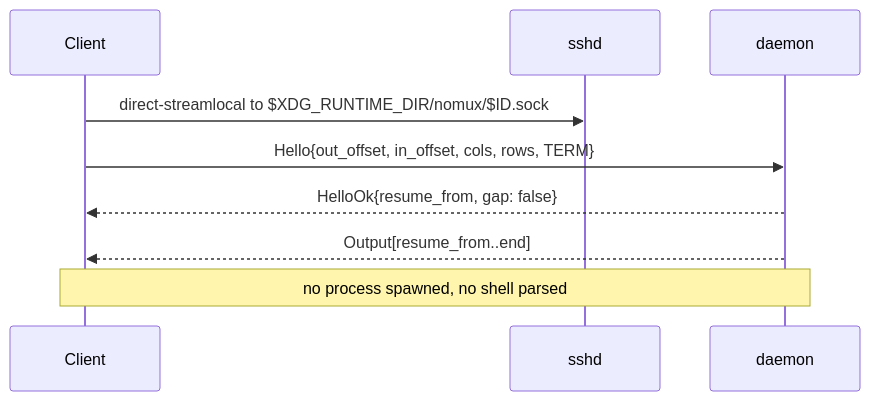
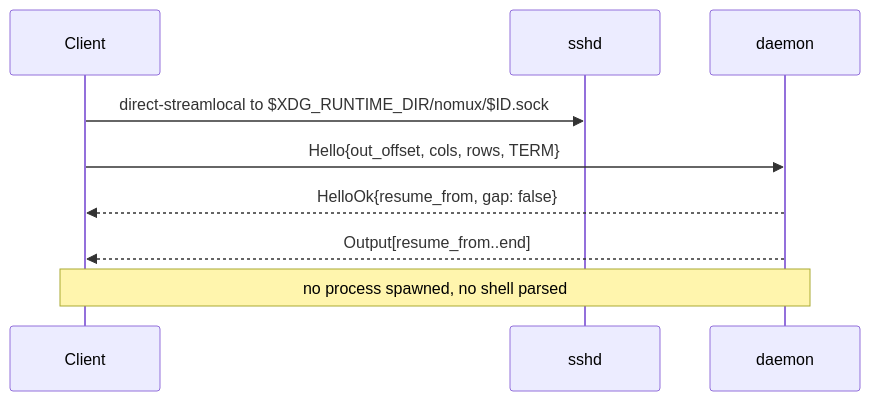
The third of 4 diagrams in DESIGN.md (fornwall/nomux), drawn with Mermaid before and after one commit. The commit also changed other lines of this file and 2 other files, not shown here.

````diff
--- a/DESIGN.md
+++ b/DESIGN.md
@@ -210,11 +210,11 @@
 ```mermaid
 sequenceDiagram
   participant C as Client
   participant S as sshd
   participant D as daemon
   C->>S: direct-streamlocal to $XDG_RUNTIME_DIR/nomux/$ID.sock
-  C->>D: Hello{out_offset, in_offset, cols, rows, TERM}
+  C->>D: Hello{out_offset, cols, rows, TERM}
   D-->>C: HelloOk{resume_from, gap: false}
   D-->>C: Output[resume_from..end]
   Note over C,D: no process spawned, no shell parsed
 ```
````
